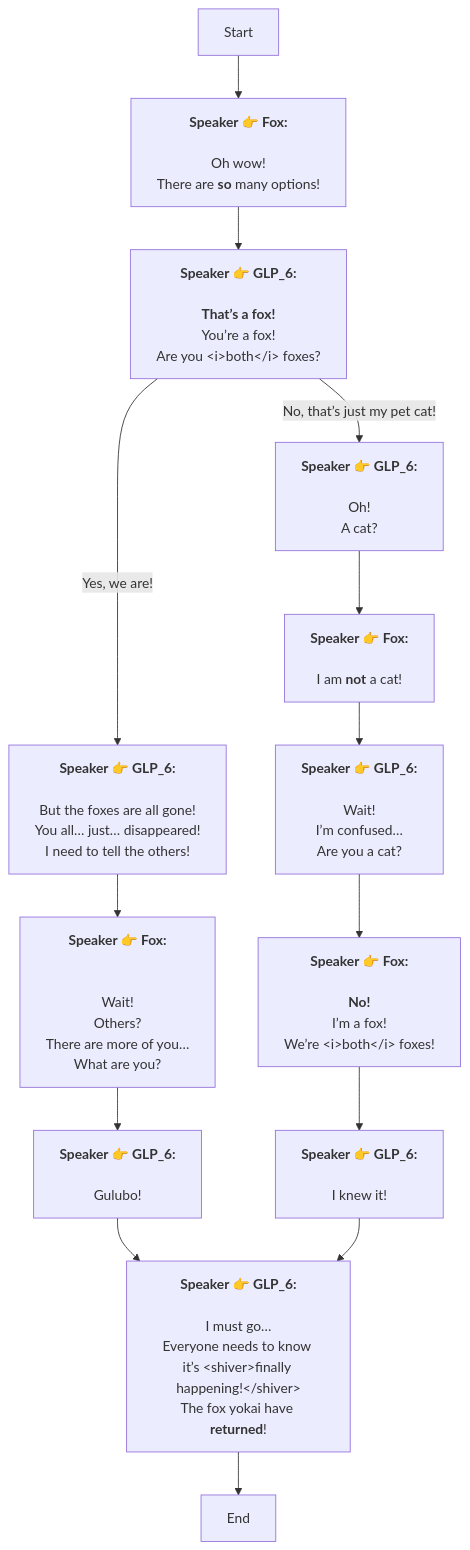
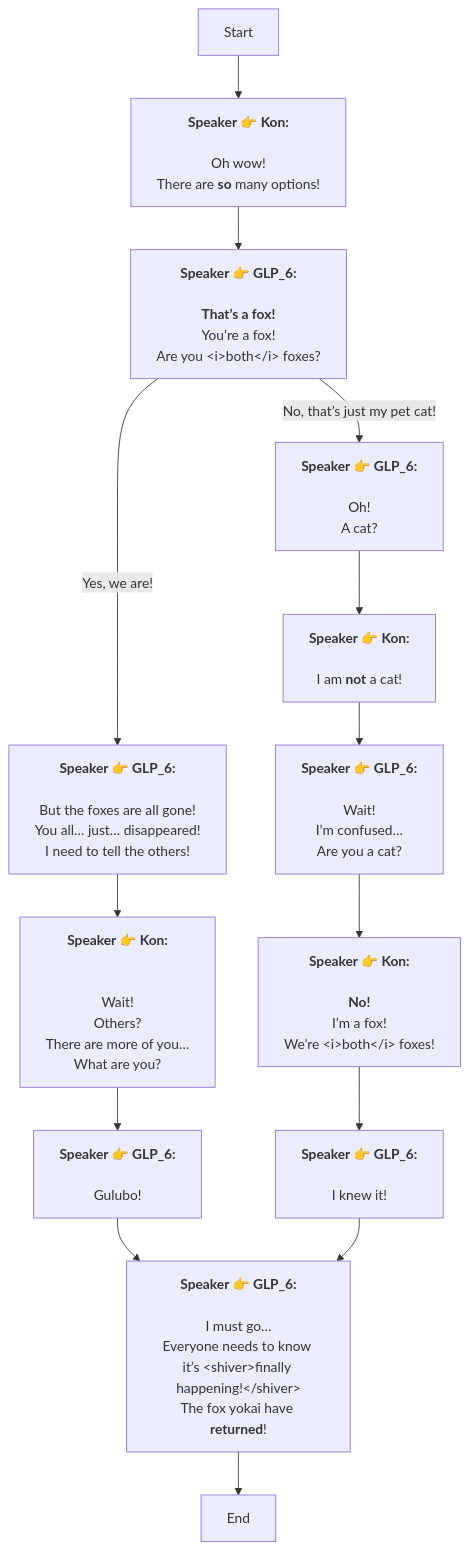
One commit to SoftHu/tos_avg changed the diagram in Zh/QuestStartTalkENode_1776325247451607.md. Above: the diagram before and after it, drawn with Mermaid. The commit also changed 730 other files, not shown here.

````diff
--- a/Zh/QuestStartTalkENode_1776325247451607.md
+++ b/Zh/QuestStartTalkENode_1776325247451607.md
@@ -1,43 +1,43 @@
 ```mermaid
 graph
-Start -->1776325331652058[<b>Speaker 👉 Fox:</b>
+Start -->1776325331652058[<b>Speaker 👉 Kon:</b>
 \nOh wow!
 There are <b>so</b> many options!]
 1776325331652058 -->1776325352911324[<b>Speaker 👉 GLP_6:</b>
 \n<b>That’s a fox!</b>\nYou’re a fox!
 Are you &lt;i&gt;both&lt;/i&gt; foxes?]
+1776325352911324 -->|Yes, we are!|1776325424690664[<b>Speaker 👉 GLP_6:</b>
+\nBut the foxes are all gone!
+You all… just… disappeared!\nI need to tell the others!]
 1776325352911324 -->|No, that’s just my pet cat!|1776325520416240[<b>Speaker 👉 GLP_6:</b>
 \nOh! 
 A cat?]
-1776325352911324 -->|Yes, we are!|1776325424690664[<b>Speaker 👉 GLP_6:</b>
-\nBut the foxes are all gone!
-You all… just… disappeared!\nI need to tell the others!]
-1776325424690664 -->1776325466143211[<b>Speaker 👉 Fox:</b>
+1776325424690664 -->1776325466143211[<b>Speaker 👉 Kon:</b>
 \n
 Wait! 
 Others?\nThere are more of you… 
 What are you?]
 1776325466143211 -->1776325500970478[<b>Speaker 👉 GLP_6:</b>
 \nGulubo!]
 1776325500970478 -->1776325669808635[<b>Speaker 👉 GLP_6:</b>
 \nI must go…
 Everyone needs to know it’s &lt;shiver&gt;finally happening!&lt;/shiver&gt;
 The fox yokai have <b>returned</b>!]
 1776325669808635 -->1776325711317501[End]
-1776325520416240 -->1776325553373682[<b>Speaker 👉 Fox:</b>
+1776325520416240 -->1776325553373682[<b>Speaker 👉 Kon:</b>
 \nI am <b>not</b> a cat!]
 1776325553373682 -->1776325574573556[<b>Speaker 👉 GLP_6:</b>
 \nWait!
 I’m confused…
 Are you a cat?]
-1776325574573556 -->1776325607707126[<b>Speaker 👉 Fox:</b>
+1776325574573556 -->1776325607707126[<b>Speaker 👉 Kon:</b>
 \n<b>No!</b>\nI’m a fox!
 We’re &lt;i&gt;both&lt;/i&gt; foxes!]
 1776325607707126 -->1776325643327993[<b>Speaker 👉 GLP_6:</b>
 \nI knew it!]
 1776325643327993 -->1776325669808635[<b>Speaker 👉 GLP_6:</b>
 \nI must go…
 Everyone needs to know it’s &lt;shiver&gt;finally happening!&lt;/shiver&gt;
 The fox yokai have <b>returned</b>!]
 
 ```
````
